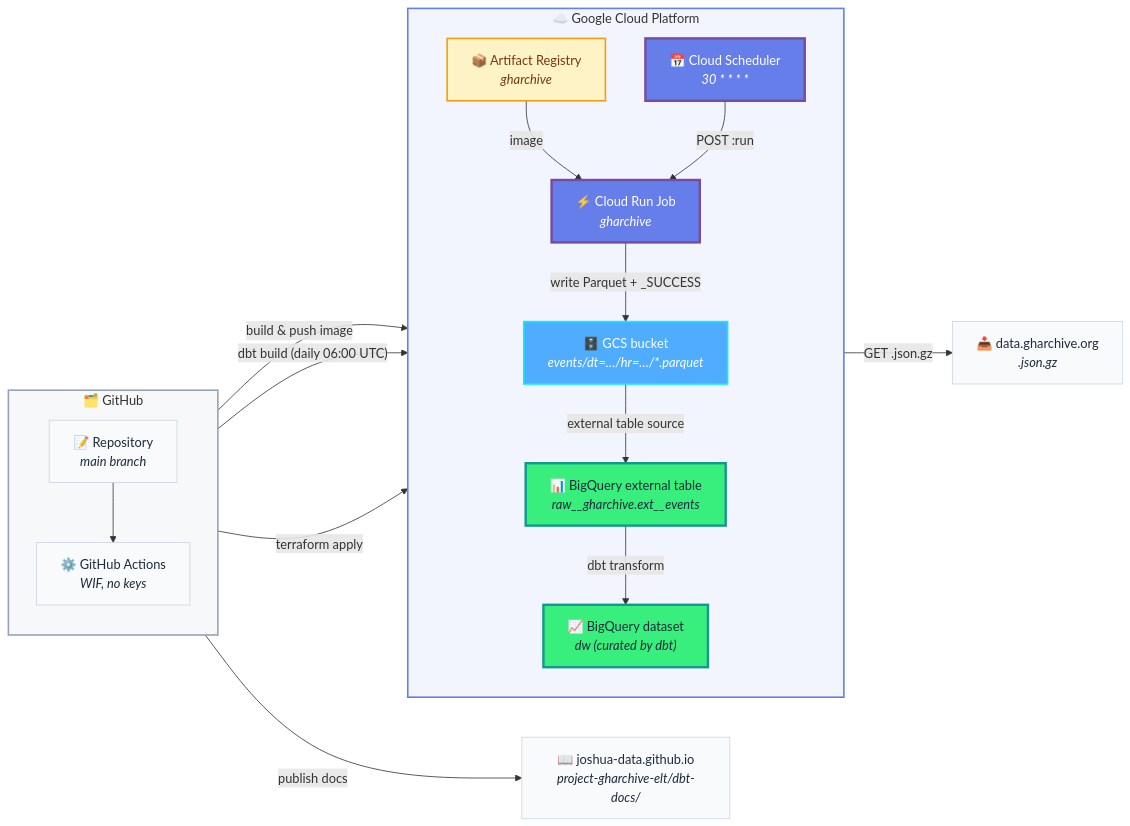
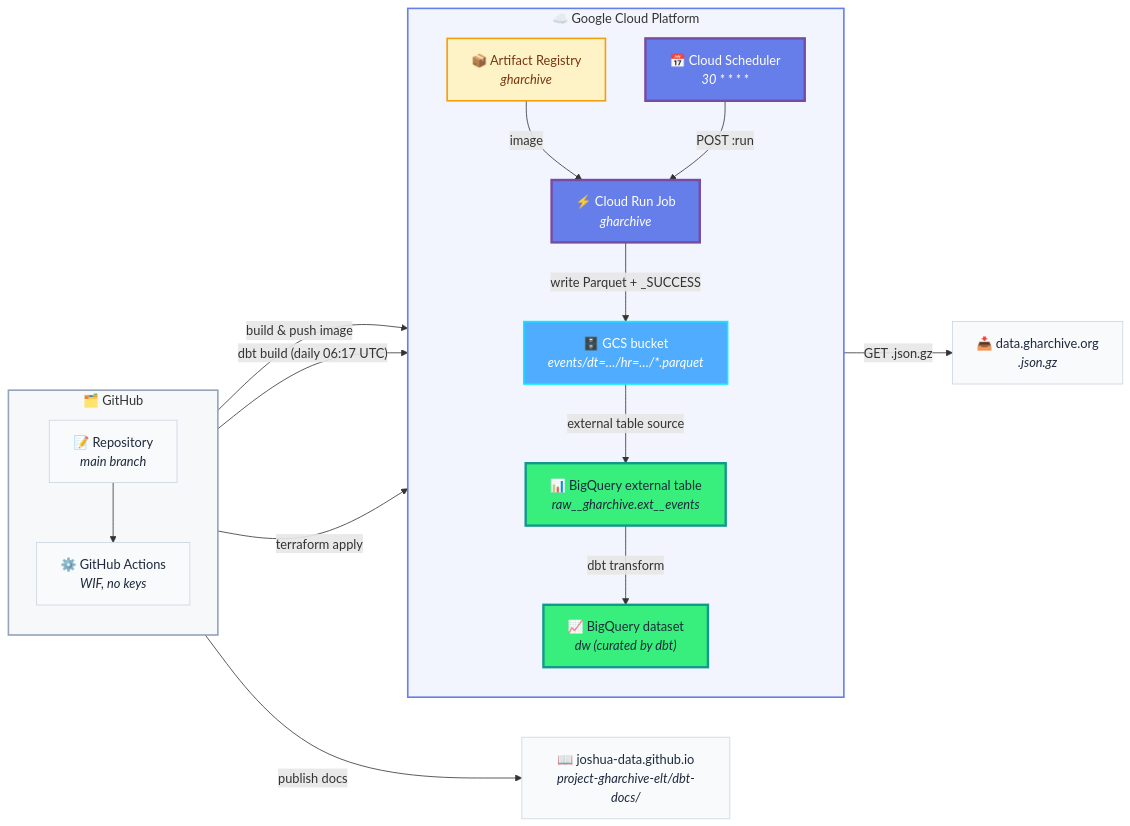
One commit to joshua-data/project-gharchive-elt changed the diagram in README.md. Above: the diagram before and after it, drawn with Mermaid. The commit also changed other lines of this file and 1 other file, not shown here.

````diff
--- a/README.md
+++ b/README.md
@@ -15,48 +15,48 @@
 ```mermaid
 flowchart LR
     subgraph GH["🗂️ GitHub"]
         direction TB
         REPO["📝 Repository<br/><i>main branch</i>"]
         GHA["⚙️ GitHub Actions<br/><i>WIF, no keys</i>"]
     end
 
     subgraph GCP["☁️ Google Cloud Platform"]
         direction TB
         AR["📦 Artifact Registry<br/><i>gharchive</i>"]
         SCH["📅 Cloud Scheduler<br/><i>30 * * * *</i>"]
         JOB["⚡ Cloud Run Job<br/><i>gharchive</i>"]
         GCS["🗄️ GCS bucket<br/><i>events/dt=…/hr=…/*.parquet</i>"]
         BQ["📊 BigQuery external table<br/><i>raw__gharchive.ext__events</i>"]
         DW["📈 BigQuery dataset<br/><i>dw (curated by dbt)</i>"]
     end
 
     EXT["📥 data.gharchive.org<br/><i>.json.gz</i>"]
     DOCS["📖 joshua-data.github.io<br/><i>project-gharchive-elt/dbt-docs/</i>"]
 
     REPO --> GHA
     GHA -->|"build &amp; push image"| AR
     GHA -->|"terraform apply"| GCP
-    GHA -->|"dbt build (daily 06:00 UTC)"| BQ
+    GHA -->|"dbt build (daily 06:17 UTC)"| BQ
     GHA -->|"publish docs"| DOCS
     AR -->|"image"| JOB
     SCH -->|"POST :run"| JOB
     JOB -->|"GET .json.gz"| EXT
     JOB -->|"write Parquet + _SUCCESS"| GCS
     GCS -->|"external table source"| BQ
     BQ -->|"dbt transform"| DW
 
     classDef primary   fill:#667eea,stroke:#764ba2,color:#fff,stroke-width:3px
     classDef secondary fill:#4facfe,stroke:#00f2fe,color:#fff,stroke-width:2px
     classDef success   fill:#38ef7d,stroke:#11998e,color:#1e293b,stroke-width:3px
     classDef warning   fill:#fef3c7,stroke:#f59e0b,color:#78350f,stroke-width:2px
     classDef neutral   fill:#f8fafc,stroke:#cbd5e1,color:#1e293b,stroke-width:1px
 
     class JOB,SCH primary
     class GCS secondary
     class BQ,DW success
     class AR warning
     class REPO,GHA,EXT,DOCS neutral
 
     style GH fill:#94a3b815,stroke:#94a3b8,stroke-width:2px
     style GCP fill:#667eea15,stroke:#667eea,stroke-width:2px
 ```
````
